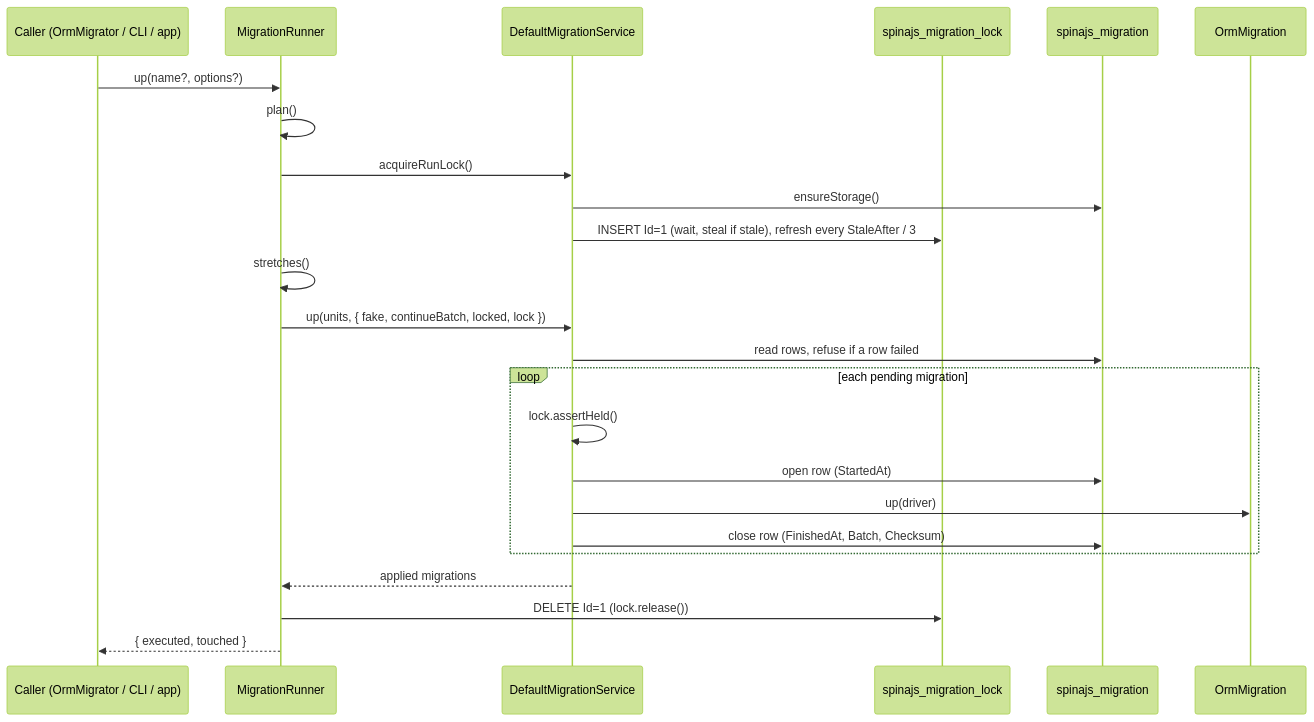
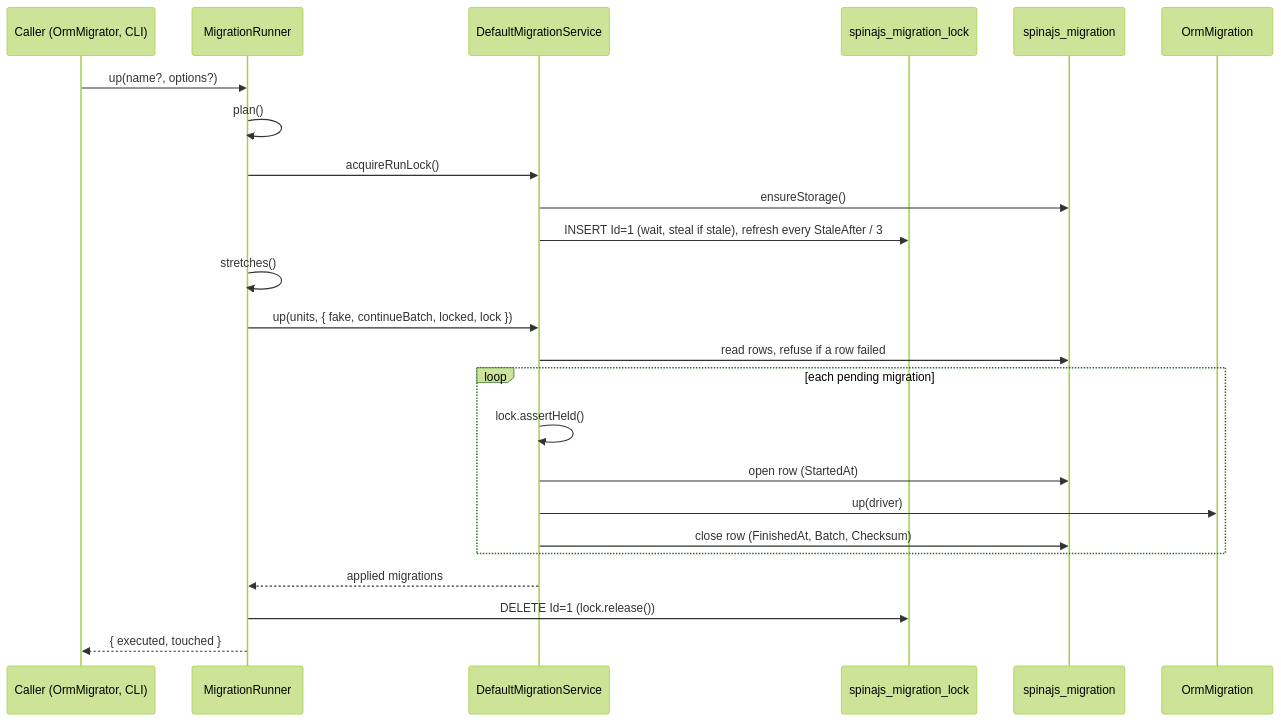
The second of 2 diagrams in docs/orm/10-migrations.md (spinajs/main), drawn with Mermaid (forest theme) before and after one commit. The commit also changed other lines of this file and 163 other files, not shown here.

First line of the commit message:
feat(orm)!: the application never migrates; tools migrate from the CLI (3.1.0 switch, docs, release notes) (#521)

````diff
--- a/docs/orm/10-migrations.md
+++ b/docs/orm/10-migrations.md
@@ -92,26 +157,26 @@
 ```mermaid
 sequenceDiagram
-  participant C as Caller (OrmMigrator / CLI / app)
+  participant C as Caller (OrmMigrator, CLI)
   participant R as MigrationRunner
   participant S as DefaultMigrationService
   participant L as spinajs_migration_lock
   participant T as spinajs_migration
   participant M as OrmMigration
   C->>R: up(name?, options?)
   R->>R: plan()
   R->>S: acquireRunLock()
   S->>T: ensureStorage()
   S->>L: INSERT Id=1 (wait, steal if stale), refresh every StaleAfter / 3
   R->>R: stretches()
   R->>S: up(units, { fake, continueBatch, locked, lock })
   S->>T: read rows, refuse if a row failed
   loop each pending migration
     S->>S: lock.assertHeld()
     S->>T: open row (StartedAt)
     S->>M: up(driver)
     S->>T: close row (FinishedAt, Batch, Checksum)
   end
   S-->>R: applied migrations
   R->>L: DELETE Id=1 (lock.release())
   R-->>C: { executed, touched }
 ```
````
